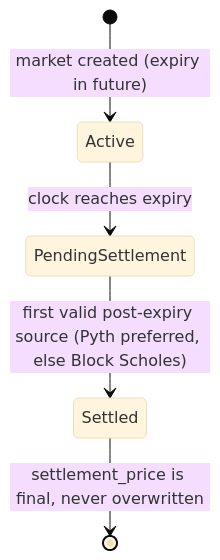
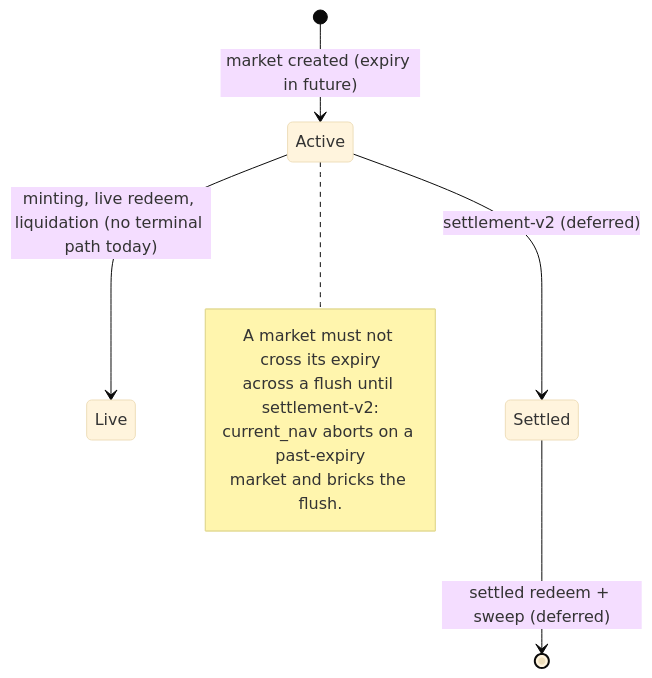
Before and after one commit to MystenLabs/deepbookv3: the diagram in packages/predict/docs/risks.md, drawn with Mermaid (base theme). The commit also changed other lines of this file and 16 other files, not shown here.

````diff
--- a/packages/predict/docs/risks.md
+++ b/packages/predict/docs/risks.md
@@ -42,7 +49,13 @@
 ```mermaid
 stateDiagram-v2
     [*] --> Active: market created (expiry in future)
-    Active --> PendingSettlement: clock reaches expiry
-    PendingSettlement --> Settled: first valid post-expiry source (Pyth preferred, else Block Scholes)
-    Settled --> [*]: settlement_price is final, never overwritten
+    Active --> Live: minting, live redeem, liquidation (no terminal path today)
+    Active --> Settled: settlement-v2 (deferred)
+    Settled --> [*]: settled redeem + sweep (deferred)
+    note right of Active
+      A market must not cross its expiry
+      across a flush until settlement-v2:
+      current_nav aborts on a past-expiry
+      market and bricks the flush.
+    end note
 ```
````
